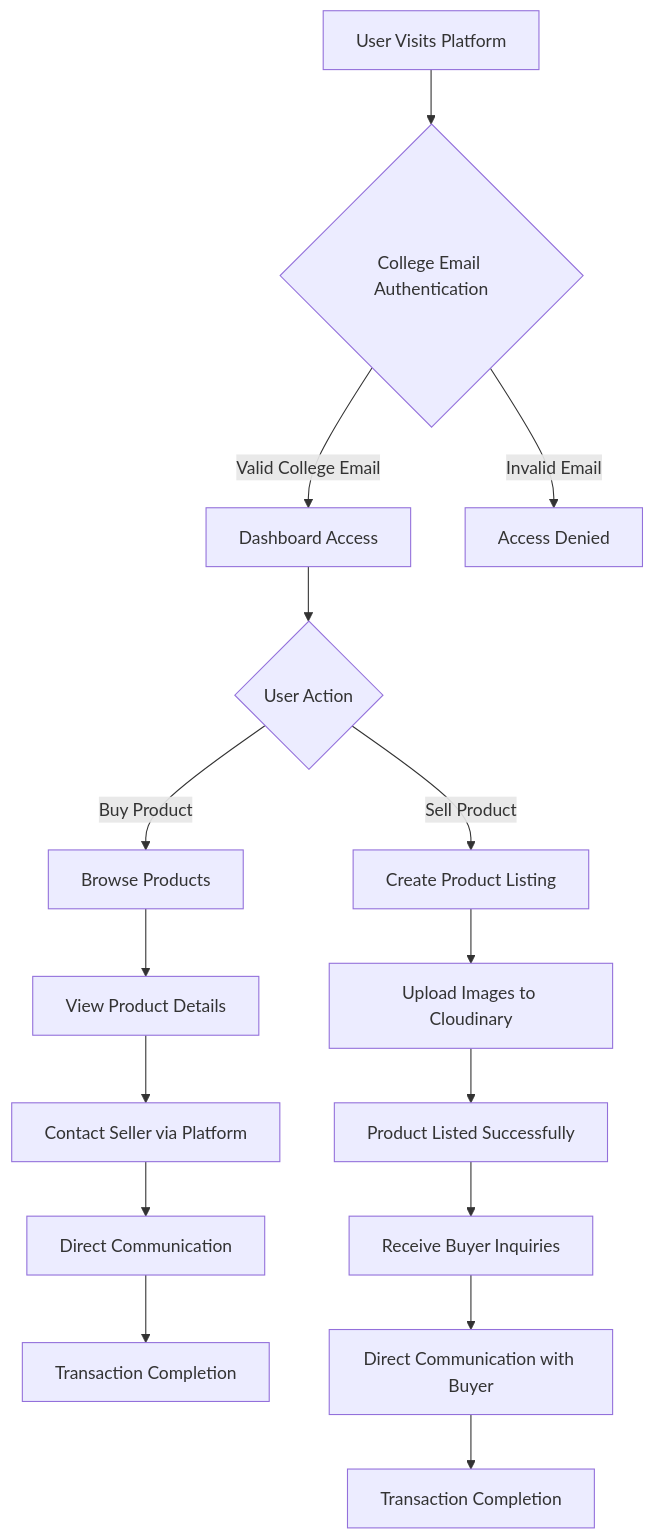
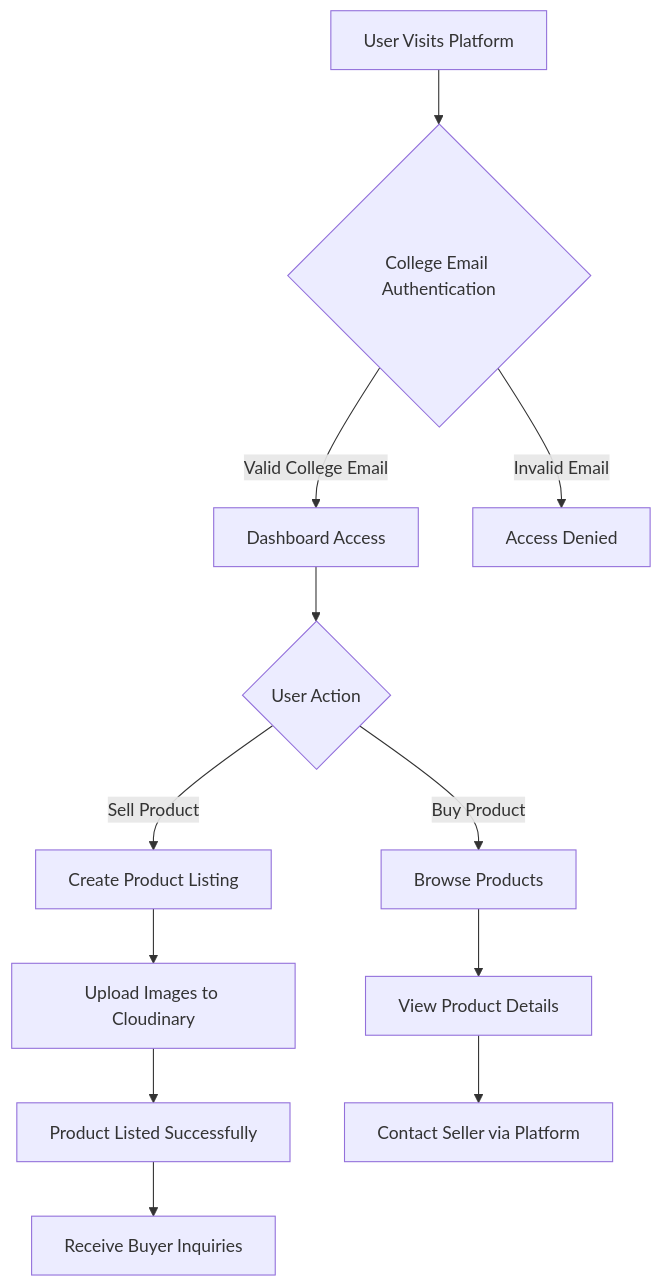
The diagram in README.md (ankmay0/CGU-LX), drawn with Mermaid before and after one commit. The commit also changed other lines of this file, not shown here.

Commit message:
Update README.md
Small adjustments in readme file

````diff
--- a/README.md
+++ b/README.md
@@ -36,18 +36,14 @@
 ```mermaid
 graph TD
     A[User Visits Platform] --> B{College Email Authentication}
     B -->|Valid College Email| C[Dashboard Access]
     B -->|Invalid Email| D[Access Denied]
     C --> E{User Action}
     E -->|Sell Product| F[Create Product Listing]
     E -->|Buy Product| G[Browse Products]
     F --> H[Upload Images to Cloudinary]
     H --> I[Product Listed Successfully]
     G --> J[View Product Details]
     J --> K[Contact Seller via Platform]
-    K --> L[Direct Communication]
-    L --> M[Transaction Completion]
     I --> N[Receive Buyer Inquiries]
-    N --> O[Direct Communication with Buyer]
-    O --> P[Transaction Completion]
 ```
````
